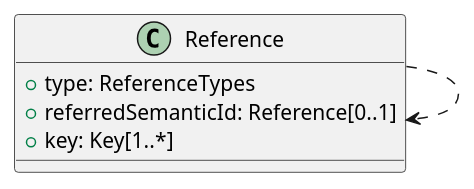
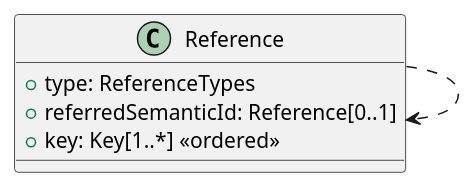
The diagram in documentation/IDTA-01003-a/modules/ROOT/partials/diagrams/classes/reference.puml (admin-shell-io/aas-specs-iec61360), drawn with PlantUML before and after one commit. The commit also changed 1 other file, not shown here.

```diff
--- a/documentation/IDTA-01003-a/modules/ROOT/partials/diagrams/classes/reference.puml
+++ b/documentation/IDTA-01003-a/modules/ROOT/partials/diagrams/classes/reference.puml
@@ -1,8 +1,8 @@
 @startuml
 class Reference {
   +type: ReferenceTypes
   +referredSemanticId: Reference[0..1]
-  +key: Key[1..*]
+  +key: Key[1..*] <<ordered>>
 }
-Reference .> Reference
+Reference ..> Reference
 @enduml
```
